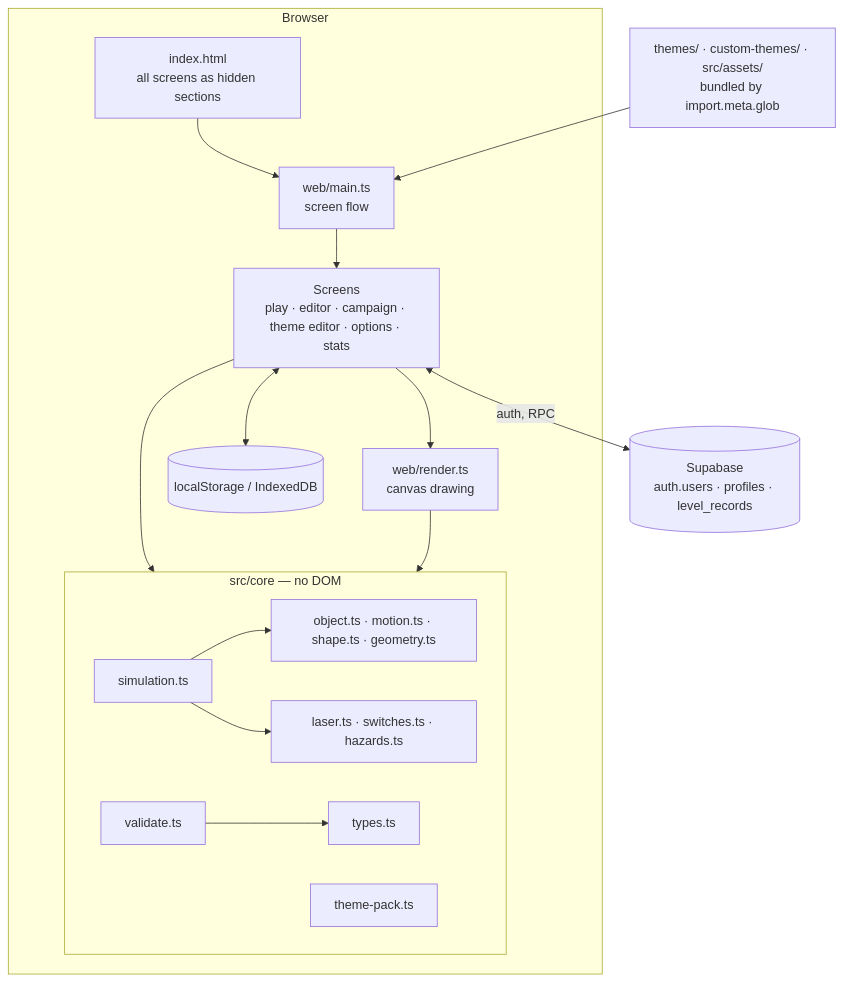
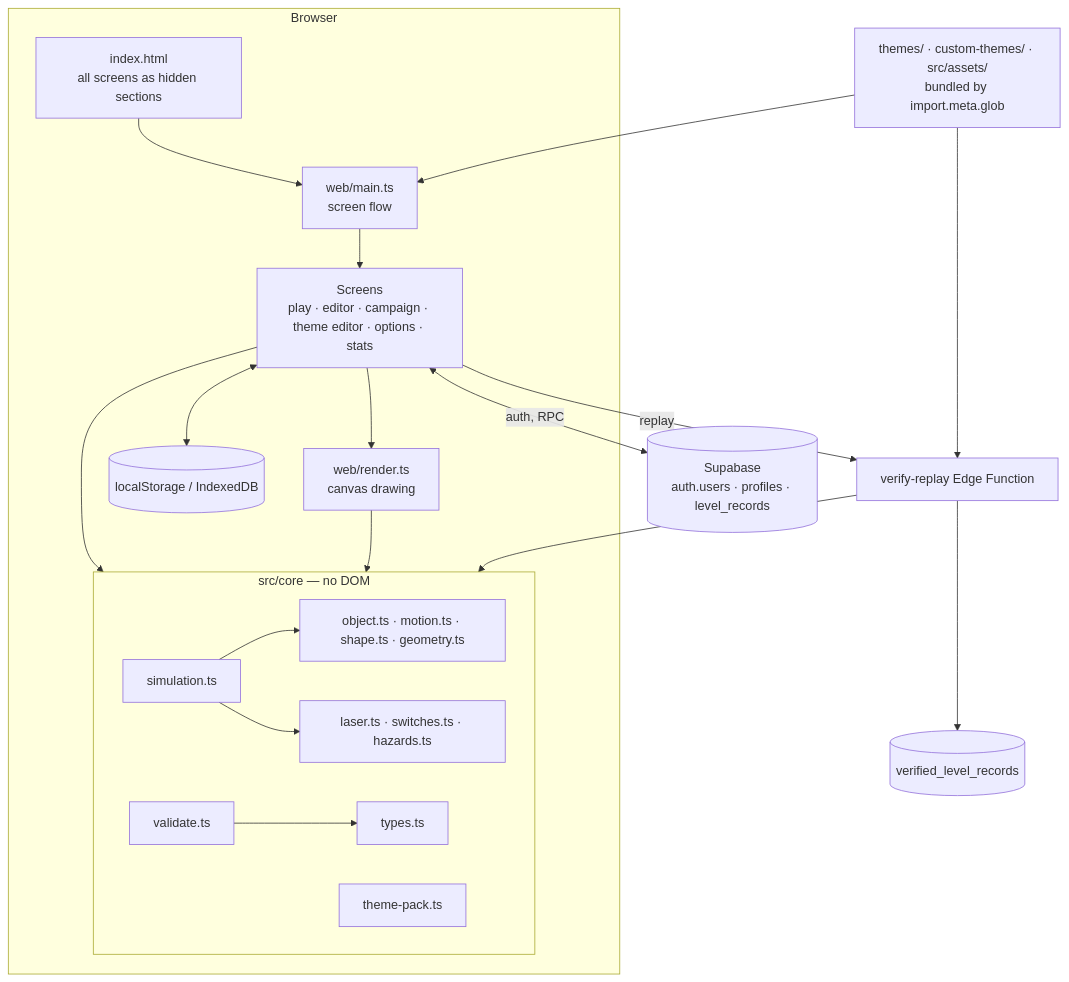
One commit to theDizzt/AvoidNSurviveMaker changed the first of 3 diagrams in docs/ARCHITECTURE.md. Above: the diagram before and after it, drawn with Mermaid. The commit also changed other lines of this file and 114 other files, not shown here.

````diff
--- a/docs/ARCHITECTURE.md
+++ b/docs/ARCHITECTURE.md
@@ -6,20 +6,24 @@
 ```mermaid
 flowchart TB
   subgraph Browser
     HTML[index.html<br/>all screens as hidden sections] --> MAIN[web/main.ts<br/>screen flow]
     MAIN --> SCREENS[Screens<br/>play · editor · campaign · theme editor · options · stats]
     SCREENS --> RENDER[web/render.ts<br/>canvas drawing]
     SCREENS --> CORE
     RENDER --> CORE
     subgraph CORE[src/core — no DOM]
       SIM[simulation.ts] --> OBJ[object.ts · motion.ts · shape.ts · geometry.ts]
       SIM --> HAZ[laser.ts · switches.ts · hazards.ts]
       VAL[validate.ts] --> TYPES[types.ts]
       PACK[theme-pack.ts]
     end
     LS[(localStorage / IndexedDB)]
     SCREENS <--> LS
   end
   CONTENT[themes/ · custom-themes/ · src/assets/<br/>bundled by import.meta.glob] --> MAIN
   SCREENS <-->|auth, RPC| SB[(Supabase<br/>auth.users · profiles · level_records)]
+  SCREENS -->|replay| VERIFY[verify-replay Edge Function]
+  VERIFY --> CORE
+  CONTENT --> VERIFY
+  VERIFY --> VERIFIED[(verified_level_records)]
 ```
````
